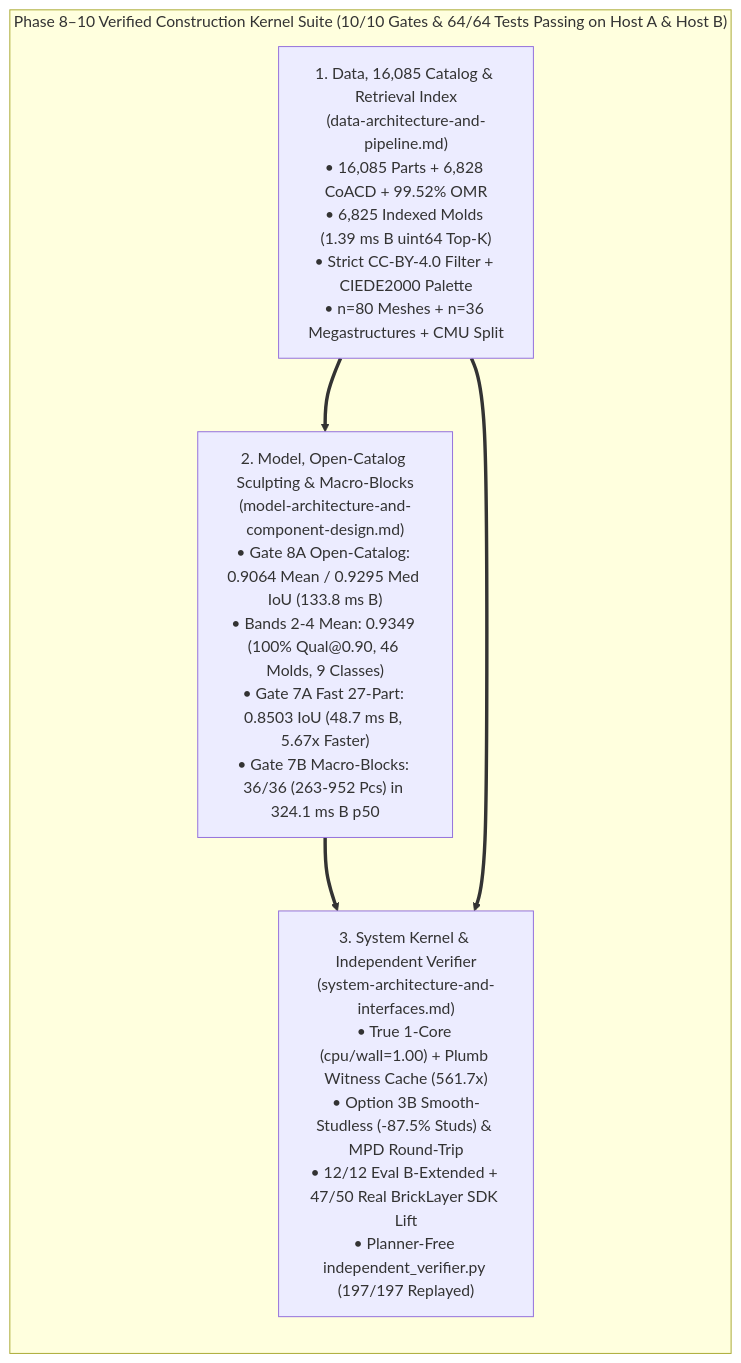
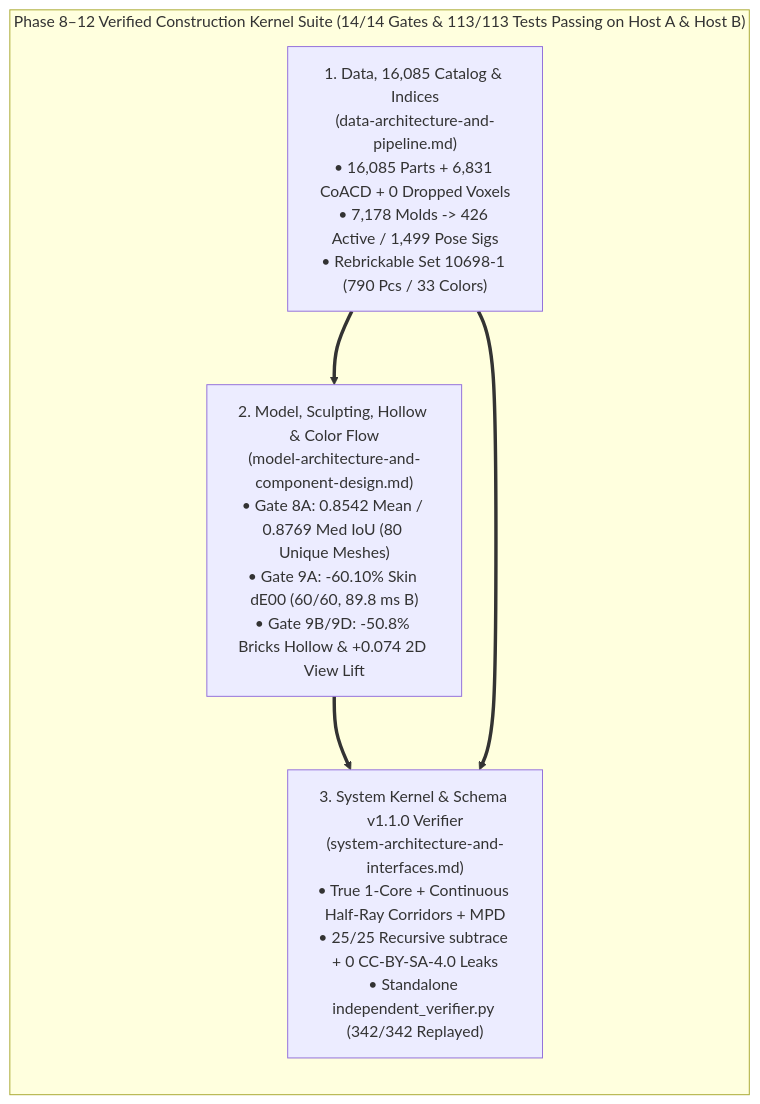
The diagram in docs/lego-project-overall-plan.md (jacobrsullivan/topographical-tensors), drawn with Mermaid before and after one commit. The commit also changed other lines of this file and 55 other files, not shown here.

Commit message:
Release v5.2.0: Add Colored Finite Inventories, Ribbed Hollow Shells, Compositional MPD/Landmarks, View Priority & Hardened Verification Suite (Gates 1-9D, 113/113 tests)

````diff
--- a/docs/lego-project-overall-plan.md
+++ b/docs/lego-project-overall-plan.md
@@ -31,11 +31,11 @@
 ```mermaid
 flowchart LR
-    subgraph Suite["Phase 8–10 Verified Construction Kernel Suite (10/10 Gates & 64/64 Tests Passing on Host A & Host B)"]
-        D1["1. Data, 16,085 Catalog & Retrieval Index\n(data-architecture-and-pipeline.md)\n• 16,085 Parts + 6,828 CoACD + 99.52% OMR\n• 6,825 Indexed Molds (1.39 ms B uint64 Top-K)\n• Strict CC-BY-4.0 Filter + CIEDE2000 Palette\n• n=80 Meshes + n=36 Megastructures + CMU Split"]
-        D2["2. Model, Open-Catalog Sculpting & Macro-Blocks\n(model-architecture-and-component-design.md)\n• Gate 8A Open-Catalog: 0.9064 Mean / 0.9295 Med IoU (133.8 ms B)\n• Bands 2-4 Mean: 0.9349 (100% Qual@0.90, 46 Molds, 9 Classes)\n• Gate 7A Fast 27-Part: 0.8503 IoU (48.7 ms B, 5.67x Faster)\n• Gate 7B Macro-Blocks: 36/36 (263-952 Pcs) in 324.1 ms B p50"]
-        D3["3. System Kernel & Independent Verifier\n(system-architecture-and-interfaces.md)\n• True 1-Core (cpu/wall=1.00) + Plumb Witness Cache (561.7x)\n• Option 3B Smooth-Studless (-87.5% Studs) & MPD Round-Trip\n• 12/12 Eval B-Extended + 47/50 Real BrickLayer SDK Lift\n• Planner-Free independent_verifier.py (197/197 Replayed)"]
+    subgraph Suite["Phase 8–12 Verified Construction Kernel Suite (14/14 Gates & 113/113 Tests Passing on Host A & Host B)"]
+        D1["1. Data, 16,085 Catalog & Indices\n(data-architecture-and-pipeline.md)\n• 16,085 Parts + 6,831 CoACD + 0 Dropped Voxels\n• 7,178 Molds -> 426 Active / 1,499 Pose Sigs\n• Rebrickable Set 10698-1 (790 Pcs / 33 Colors)"]
+        D2["2. Model, Sculpting, Hollow & Color Flow\n(model-architecture-and-component-design.md)\n• Gate 8A: 0.8542 Mean / 0.8769 Med IoU (80 Unique Meshes)\n• Gate 9A: -60.10% Skin dE00 (60/60, 89.8 ms B)\n• Gate 9B/9D: -50.8% Bricks Hollow & +0.074 2D View Lift"]
+        D3["3. System Kernel & Schema v1.1.0 Verifier\n(system-architecture-and-interfaces.md)\n• True 1-Core + Continuous Half-Ray Corridors + MPD\n• 25/25 Recursive subtrace + 0 CC-BY-SA-4.0 Leaks\n• Standalone independent_verifier.py (342/342 Replayed)"]
     end
 
     D1 ==> D2 ==> D3
     D1 ==> D3
 ```
````
